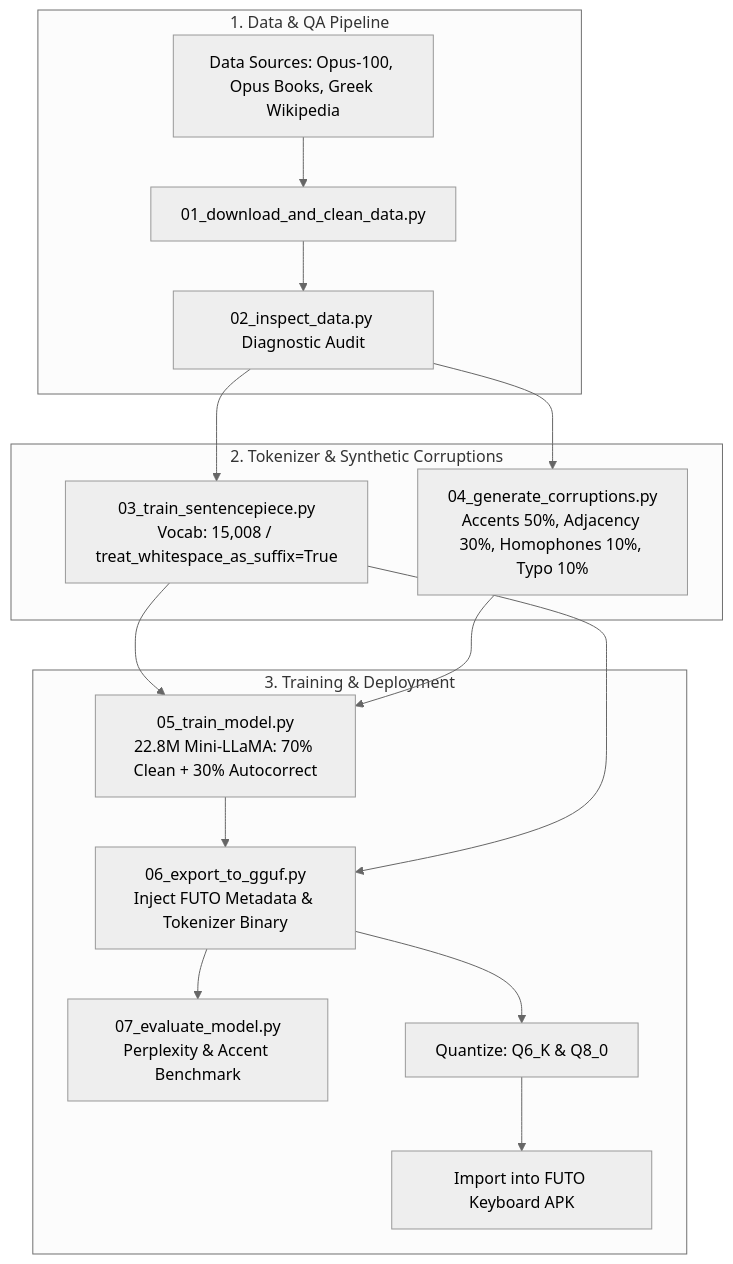
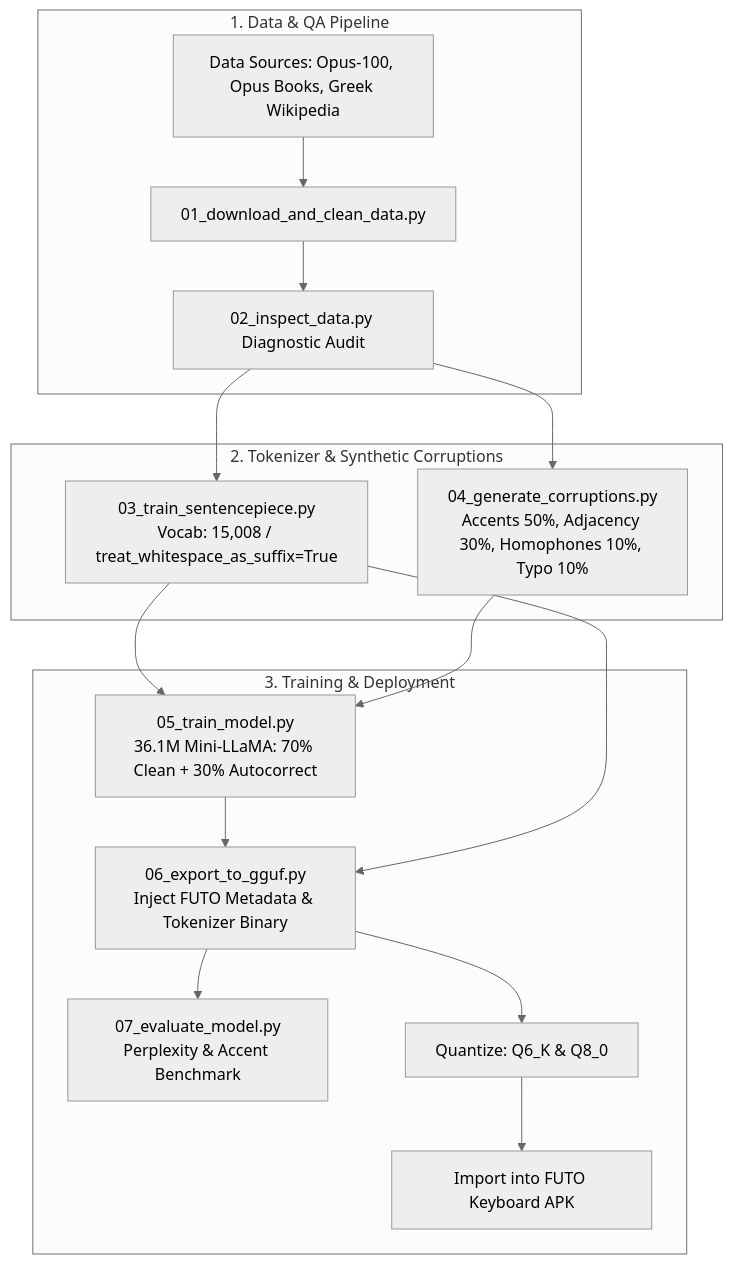
The diagram in README.md (stamchry/greek-keyboard-lm), drawn with Mermaid (neutral theme) before and after one commit. The commit also changed other lines of this file and 2 other files, not shown here.

Commit message:
feat: adopt official FUTO 36.1M architecture with 9 layers and tied embeddings

````diff
--- a/README.md
+++ b/README.md
@@ -11,22 +11,22 @@
 ```mermaid
 flowchart TD
     subgraph S1["1. Data & QA Pipeline"]
         A["Data Sources: Opus-100, Opus Books, Greek Wikipedia"] --> B["01_download_and_clean_data.py"]
         B --> C["02_inspect_data.py Diagnostic Audit"]
     end
 
     subgraph S2["2. Tokenizer & Synthetic Corruptions"]
         C --> D["03_train_sentencepiece.py<br/>Vocab: 15,008 / treat_whitespace_as_suffix=True"]
         C --> E["04_generate_corruptions.py<br/>Accents 50%, Adjacency 30%, Homophones 10%, Typo 10%"]
     end
 
     subgraph S3["3. Training & Deployment"]
-        D --> F["05_train_model.py<br/>22.8M Mini-LLaMA: 70% Clean + 30% Autocorrect"]
+        D --> F["05_train_model.py<br/>36.1M Mini-LLaMA: 70% Clean + 30% Autocorrect"]
         E --> F
         F --> G["06_export_to_gguf.py<br/>Inject FUTO Metadata & Tokenizer Binary"]
         D --> G
         G --> H["07_evaluate_model.py<br/>Perplexity & Accent Benchmark"]
         G --> I["Quantize: Q6_K & Q8_0"]
         I --> J["Import into FUTO Keyboard APK"]
     end
 ```
````
